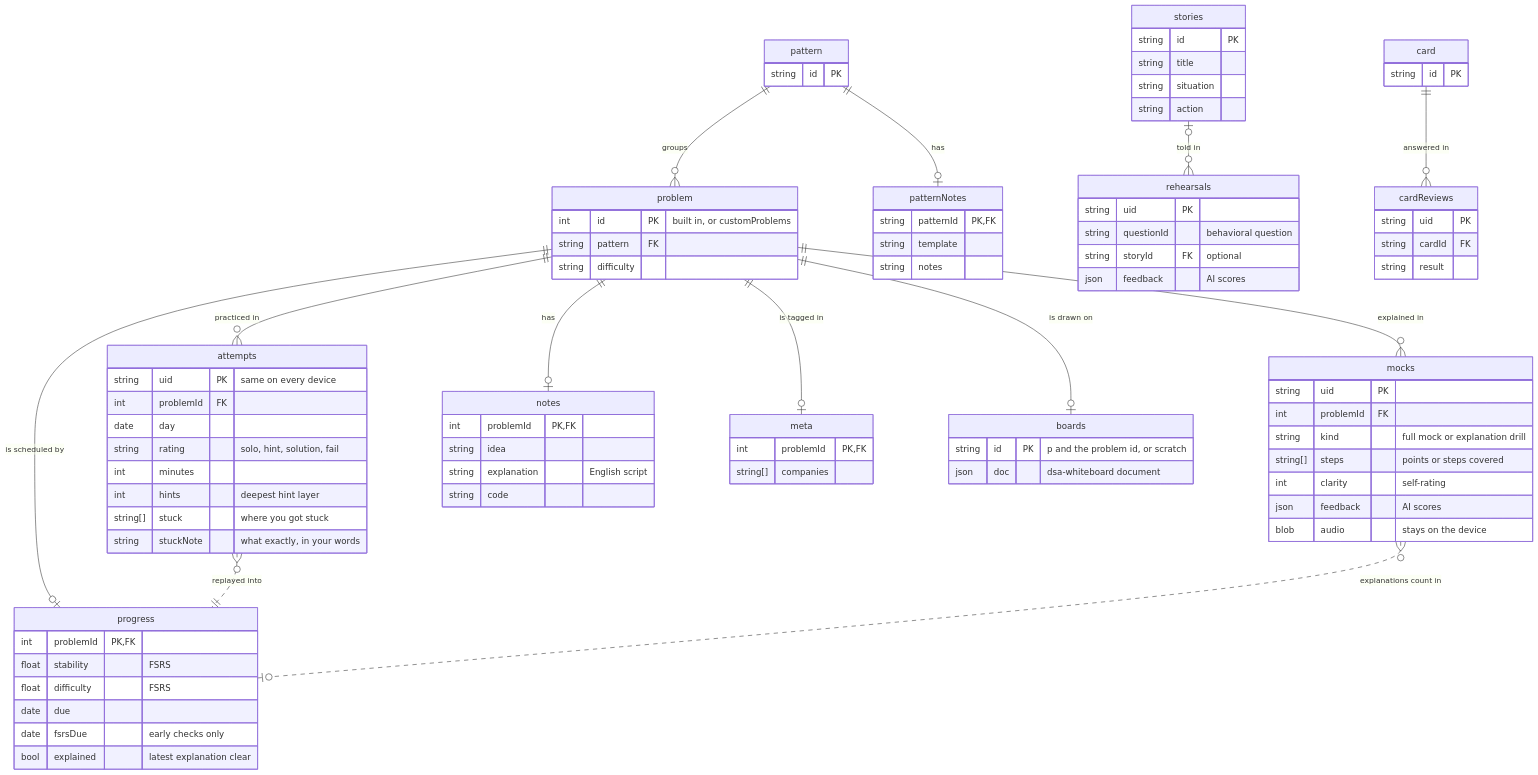
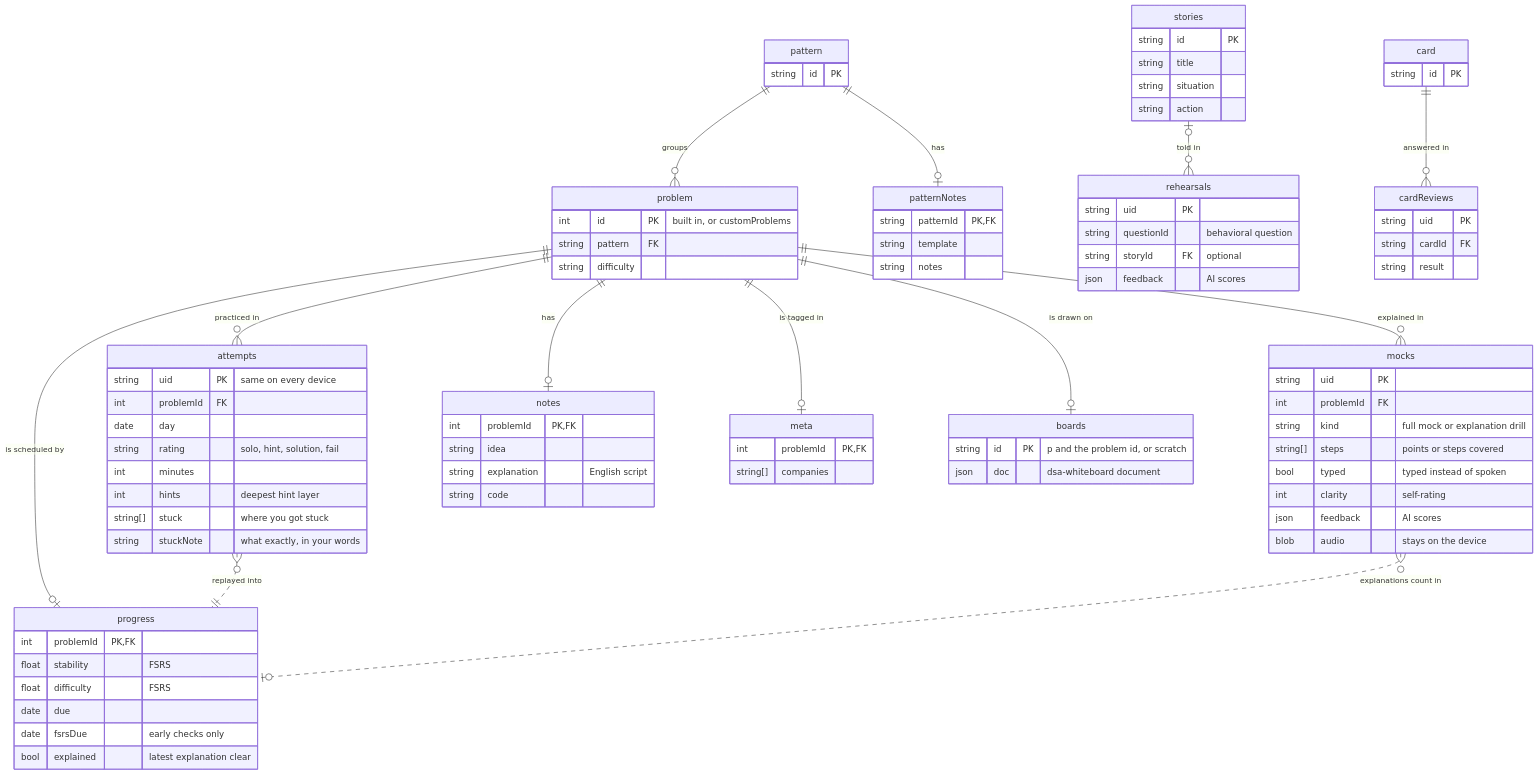
The second of 2 diagrams in docs/architecture.md (Lego514/leetcode-coach), drawn with Mermaid before and after one commit. The commit also changed other lines of this file and 3 other files, not shown here.

First line of the commit message:
Bring the privacy, architecture and features docs up to date

```diff
--- a/docs/architecture.md
+++ b/docs/architecture.md
@@ -165,6 +165,7 @@
     int problemId FK
     string kind "full mock or explanation drill"
     string[] steps "points or steps covered"
+    bool typed "typed instead of spoken"
     int clarity "self-rating"
     json feedback "AI scores"
     blob audio "stays on the device"
```
